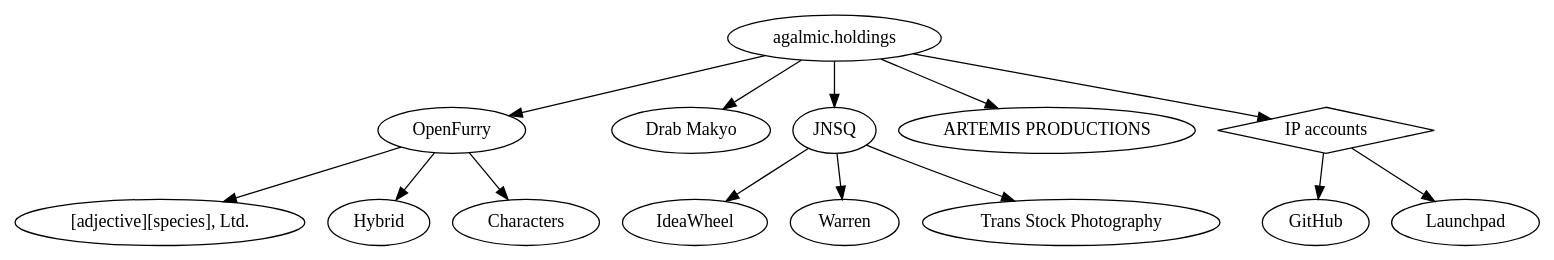
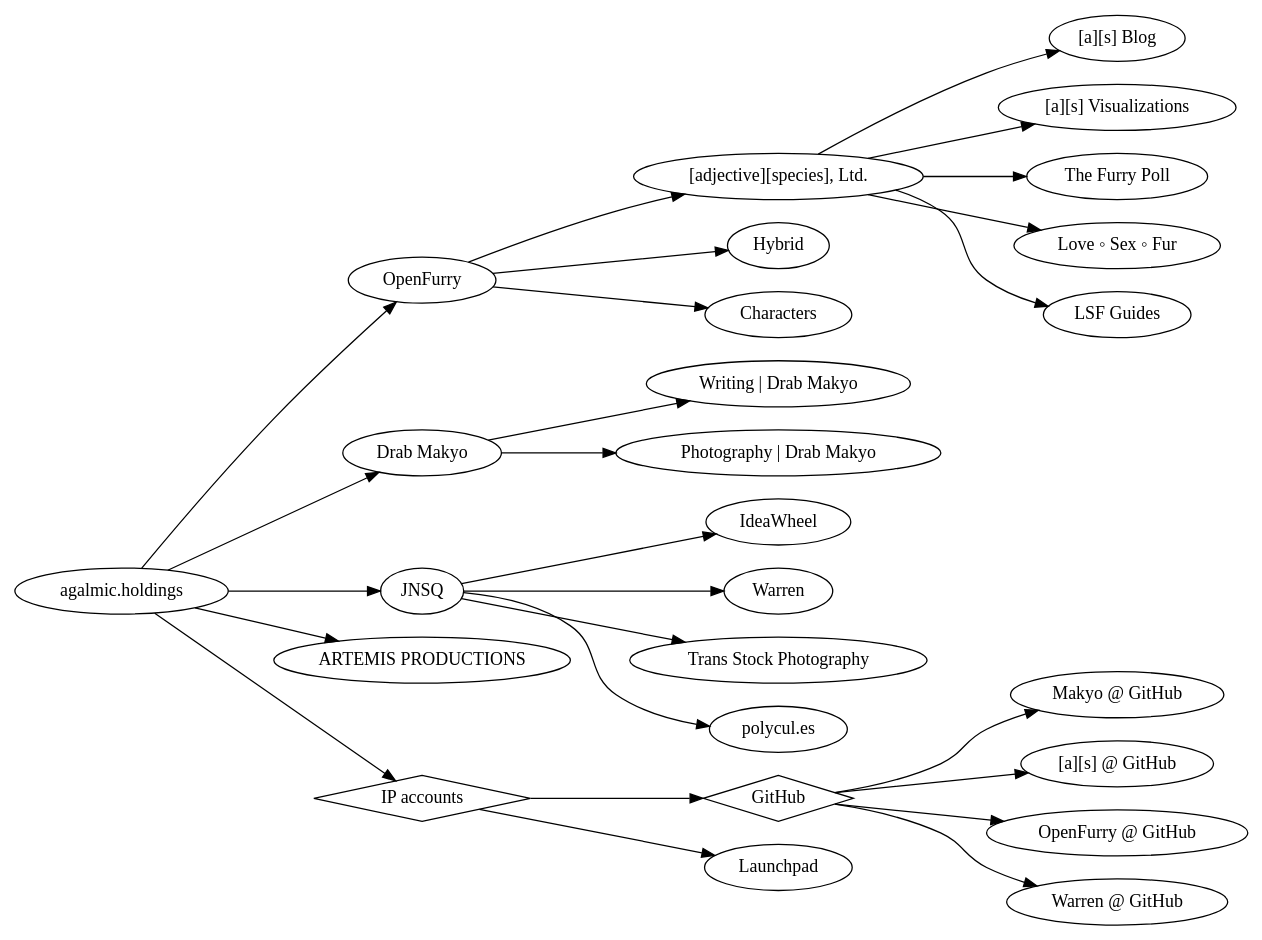
The diagram in assets.dot (makyo/agalmic.holdings), drawn with Graphviz before and after one commit. The commit also changed 4 other files, not shown here.

```diff
--- a/assets.dot
+++ b/assets.dot
@@ -1,96 +1,81 @@
 digraph agalmic_holdings {
-	node [fontname = "Antykwa Torunska"]
+	graph [rankdir="LR"]
+	node [fontname="Antykwa Torunska"]
 
-	"agalmic.holdings" [URL = "http://agalmic.holdings"]
+	"agalmic.holdings" [URL="http://agalmic.holdings"]
 
-	"OpenFurry" [URL = "http://openfurry.org"]
+	"OpenFurry" [URL="http://openfurry.org"]
 	"agalmic.holdings" -> "OpenFurry"
 
-		"[adjective][species], Ltd." [URL = "http://adjectivespecies.com"]
-		"OpenFurry" -> "[adjective][species], Ltd."
+		as [URL="http://adjectivespecies.com" label="[adjective][species], Ltd."]
+		"OpenFurry" -> as
 
-			/*"[adjective][species]" [URL = "http://adjectivespecies.com"]
-			"[adjective][species], Ltd." -> "[adjective][species]"
+			"[a][s] Blog" [URL="http://adjectivespecies.com"]
+			as -> "[a][s] Blog"
 
+			"[a][s] Visualizations" [URL="http://vis.adjectivespecies.com"]
+			as -> "[a][s] Visualizations"
 
-			"Love ◦ Sex ◦ Fur" [URL = "http://lovesexfur.com"]
-			"[adjective][species], Ltd." -> "Love ◦ Sex ◦ Fur"
+			"The Furry Poll" [URL="https://furrypoll.com"]
+			as -> "The Furry Poll"
 
-			"The Furry Poll" [URL = "https://furrypoll.com"]
-			"[adjective][species], Ltd." -> "The Furry Poll"
+			"Love ◦ Sex ◦ Fur" [URL="http://lovesexfur.com"]
+			as -> "Love ◦ Sex ◦ Fur"
 
-			asAccounts [label = "[a][s] Accounts"]
-			"[adjective][species], Ltd." -> asAccounts
+			"LSF Guides" [URL="http://guides.lovesexfur.com"]
+			as -> "LSF Guides"
 
-				"[a][s] on Twitter" [URL = "https://twitter.com/adjspecies"]
-				asAccounts -> "[a][s] on Twitter"
-
-				"LSF on Twitter" [URL = "https://twitter.com/lovesexfur"]
-				asAccounts -> "LSF on Twitter"
-
-				"[a][s] on Slack" [URL = "https://adjectivespecies.slack.com"]
-				asAccounts -> "[a][s] on Slack"
-
-				"[a][s] on GitHub" [URL = "https://github.com/adjspecies"]
-				asAccounts -> "[a][s] on GitHub"*/
-
-		"Hybrid" [URL = "http://hybrid.ink"]
+		"Hybrid" [URL="http://hybrid.ink"]
 		"OpenFurry" -> "Hybrid"
 
-			/*hybridAccounts [label = "Hybrid accounts"]
-			"Hybrid" -> hybridAccounts
-
-				"Hybrid on Twitter" [URL = "https://twitter.com/hybrid_ink"]
-				hybridAccounts -> "Hybrid on Twitter"*/
-
-		"Characters" [URL = "http://characters.openfurry.org"]
+		"Characters" [URL="http://characters.openfurry.org"]
 		"OpenFurry" -> "Characters"
 
-	"Drab Makyo" [URL = "http://drab-makyo.com"]
+	"Drab Makyo" [URL="http://drab-makyo.com"]
 	"agalmic.holdings" -> "Drab Makyo"
 
-		/*"Writing | Drab Makyo" [URL = "http://writing.drab-makyo.com"]
+		"Writing | Drab Makyo" [URL="http://writing.drab-makyo.com"]
 		"Drab Makyo" -> "Writing | Drab Makyo"
 
-		"Photography" [URL = "http://makyo.photography"]
-		"Drab Makyo" -> "Photography"
+		"Photography | Drab Makyo" [URL="http://makyo.photography"]
+		"Drab Makyo" -> "Photography | Drab Makyo"
 
-		dmAccounts [label = "Drab Makyo accounts"]
-		"Drab Makyo" -> dmAccounts
-
-			"(Personal Accounts)" [shape = "diamond"]
-			dmAccounts -> "(Personal Accounts)"
-
-			"Madison on GitHub" [URL = "https://github.com/makyo"]
-			dmAccounts -> "Madison on GitHub"
-
-			"Madison on Launchpad" [URL = "https://launchpad.net/~makyo"]
-			dmAccounts -> "Madison on Launchpad"*/
-
-	"JNSQ" [URL = "http://jnsq.us"]
+	"JNSQ" [URL="http://jnsq.us"]
 	"agalmic.holdings" -> "JNSQ"
 
-		"IdeaWheel" [URL = "http://ideas.jnsq.us"]
+		"IdeaWheel" [URL="http://ideas.jnsq.us"]
 		"JNSQ" -> "IdeaWheel"
-		
-		"Warren" [URL = "https://warren.community"]
+
+		"Warren" [URL="https://warren.community"]
 		"JNSQ" -> "Warren"
 
-		"Trans Stock Photography" [URL = "transstock.photography"]
+		"Trans Stock Photography" [URL="http://transstock.photography"]
 		"JNSQ" -> "Trans Stock Photography"
 
-		/*"polycul.es" [URL = "http://polycul.es"]
-		"JNSQ" -> "polycul.es"*/
+		"polycul.es" [URL="http://polycul.es"]
+		"JNSQ" -> "polycul.es"
 
-	"ARTEMIS PRODUCTIONS" [URL = "http://artemis.productions"]
+	"ARTEMIS PRODUCTIONS" [URL="http://artemis.productions"]
 	"agalmic.holdings" -> "ARTEMIS PRODUCTIONS"
 
-	"IP accounts" [shape = "diamond"]
+	"IP accounts" [shape="diamond"]
 	"agalmic.holdings" -> "IP accounts"
 
-		"GitHub" [URL = "https://github.com/makyo"]
+		"GitHub" [shape="diamond"]
 		"IP accounts" -> "GitHub"
 
-		"Launchpad" [URL = "https://launchpad.net/~makyo"]
+			"Makyo @ GitHub" [URL="https://github.com/makyo"]
+			"GitHub" -> "Makyo @ GitHub"
+
+			"[a][s] @ GitHub" [URL="https://github.com/adjspecies"]
+			"GitHub" -> "[a][s] @ GitHub"
+
+			"OpenFurry @ GitHub" [URL="https://github.com/openfurry"]
+			"GitHub" -> "OpenFurry @ GitHub"
+
+			"Warren @ GitHub" [URL="https://github.com/warren-community"]
+			"GitHub" -> "Warren @ GitHub"
+
+		"Launchpad" [URL="https://launchpad.net/~makyo"]
 		"IP accounts" -> "Launchpad"
 }
```
